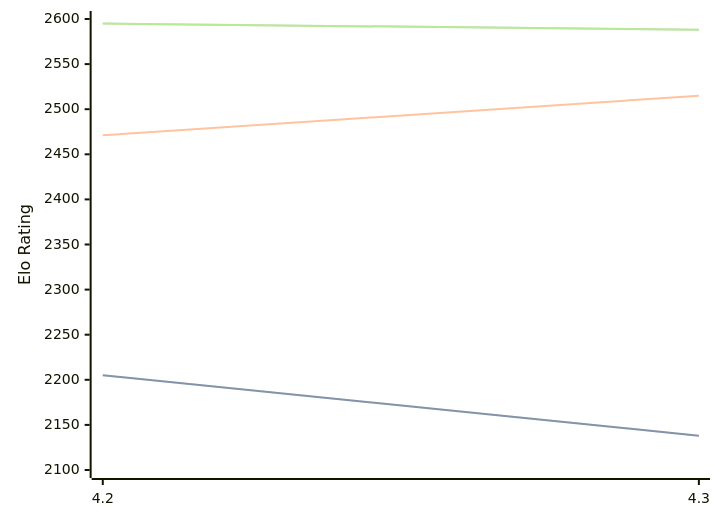
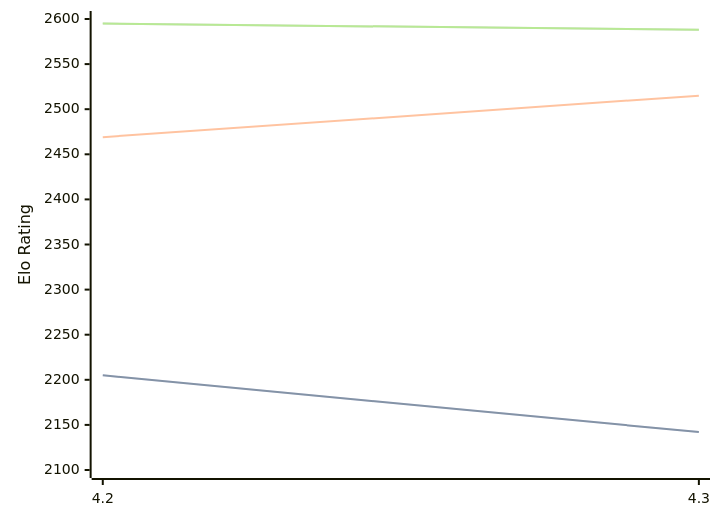
Before and after one commit to computer-chess-index/cci: the diagram in engines/Eubos.md, drawn with Mermaid. The commit also changed other lines of this file, not shown here.

Commit message:
Update CCI Ratings (ELO VLTC) - 2026-02-14

````diff
--- a/engines/Eubos.md
+++ b/engines/Eubos.md
@@ -85,11 +85,11 @@
 ```mermaid
 %%{init: {"theme":"base","themeVariables":{"seriesColors:['#a3a3a3','#222221','#faa371']}}}%%
 xychart-beta
   x-axis ["4.2", "4.3"]
   y-axis "Elo Rating" 2100 --> 2600
-  line "STC (8.0+0.08s)" [2205, 2138]
-  line "STC (8.0+0.08s)" [2205, 2138]
-  line "LTC (60.0+0.60s)" [2471, 2515]
+  line "STC (8.0+0.08s)" [2205, 2142]
+  line "STC (8.0+0.08s)" [2205, 2142]
+  line "LTC (60.0+0.60s)" [2469, 2515]
   line "VLTC (2m24s+1.12s)" [2595, 2588]
   line "VLTC (2m24s+1.12s)" [2595, 2588]
 ```
````
